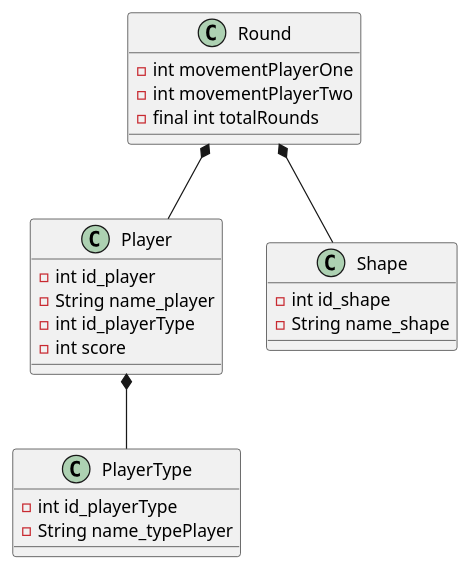
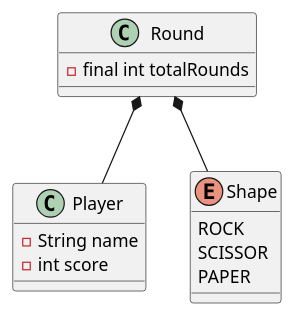
Before and after one commit to andrescordovatelus/RockPaperScissor-MVC: the diagram in docs/rsp-datamodel.wsd, drawn with PlantUML. The commit also changed 5 other files, not shown here.

```diff
--- a/docs/rsp-datamodel.wsd
+++ b/docs/rsp-datamodel.wsd
@@ -1,29 +1,21 @@
 @startuml rsp-datamodel
 
 class Player{
-    -int id_player
-    -String name_player
-    -int id_playerType
+    -String name
     -int score
 }
 
-class PlayerType{
-    -int id_playerType
-    -String name_typePlayer
-}
-
 class Round{
-    -int movementPlayerOne
-    -int movementPlayerTwo
     -final int totalRounds
 }
 
-class Shape{
-    -int id_shape
-    -String name_shape
+Enum Shape{
+    ROCK
+    SCISSOR
+    PAPER
 }
+
 
 Round *-- Player
 Round *-- Shape
-Player *-- PlayerType
 @enduml
```
